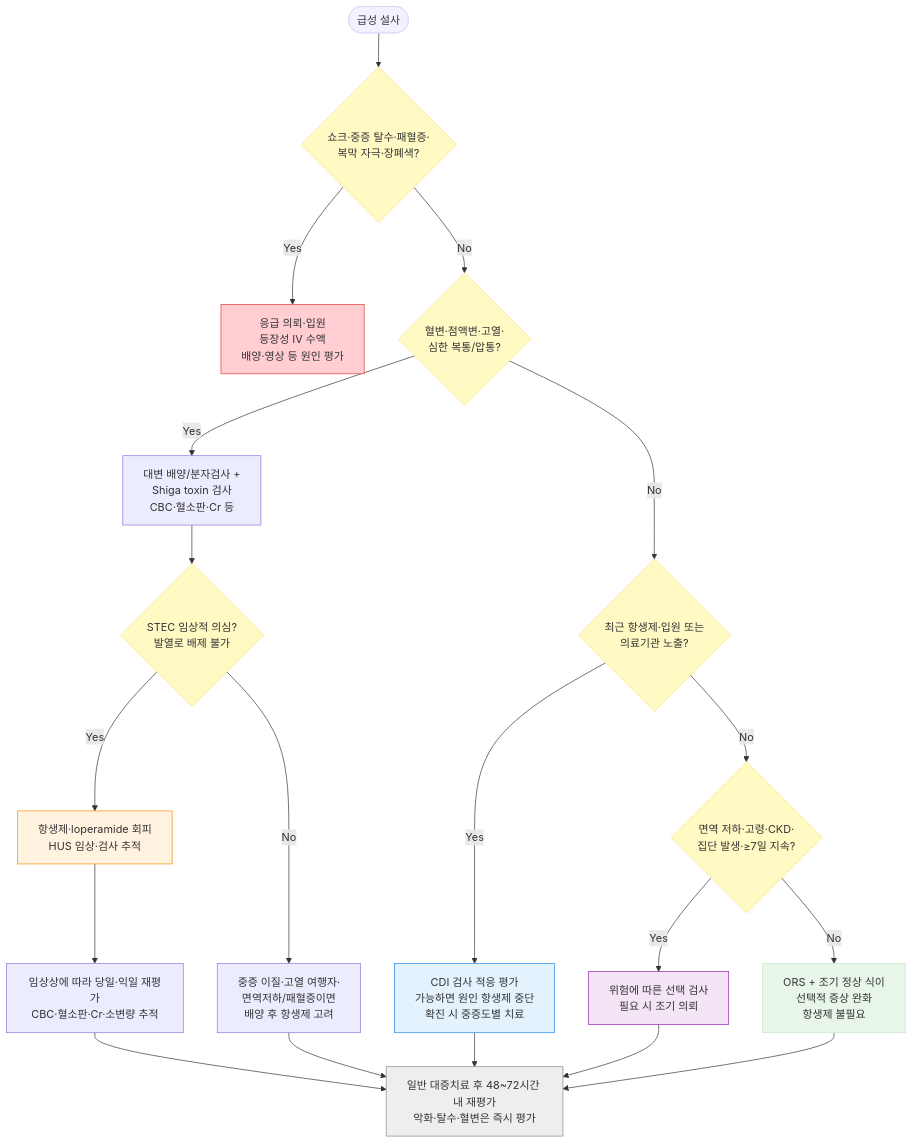
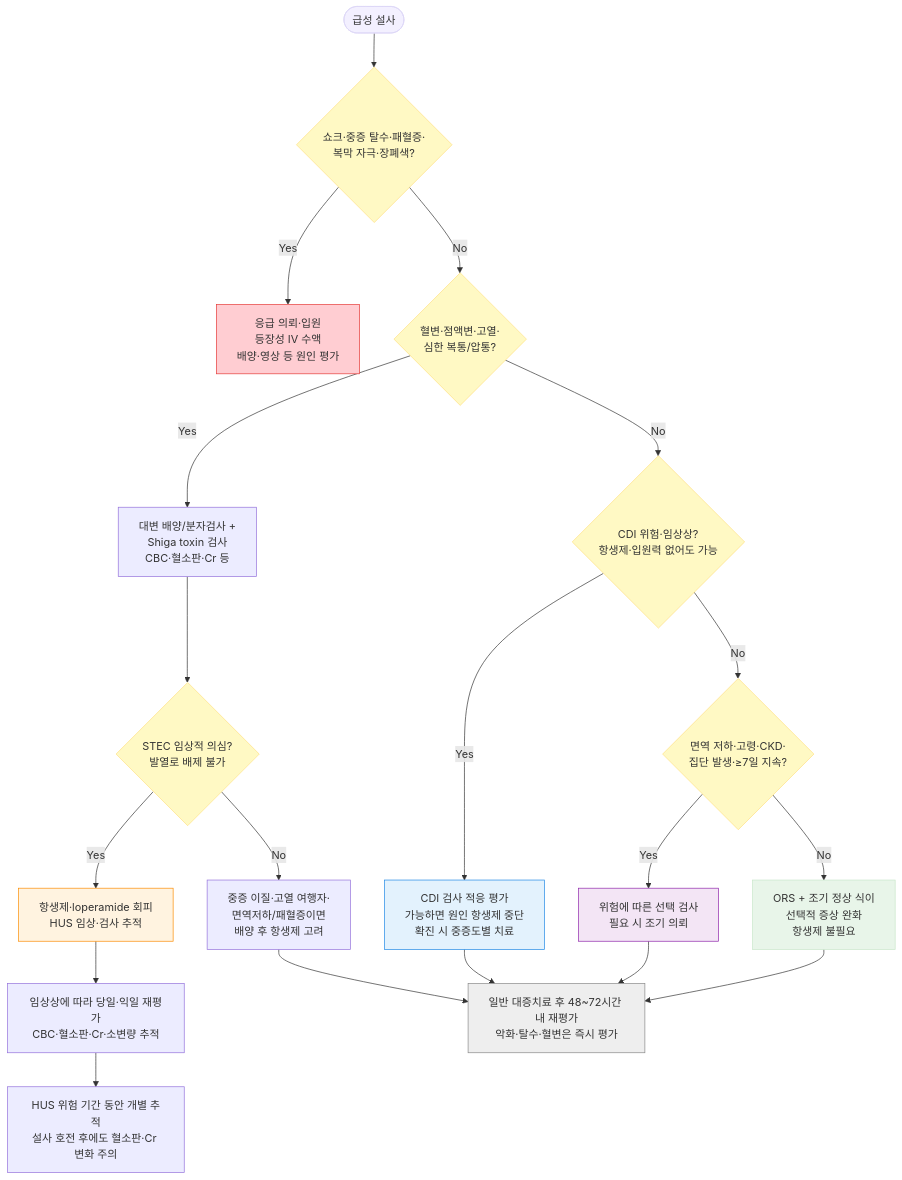
Before and after one commit to familyoh77/familyoh77: the diagram in 224_/083_-acute-diarrhea.md, drawn with Mermaid. The commit also changed other lines of this file and 11 other files, not shown here.

````diff
--- a/224_/083_-acute-diarrhea.md
+++ b/224_/083_-acute-diarrhea.md
@@ -139,34 +143,34 @@
 ```mermaid
 graph TD
     Start(["급성 설사"]) --> S1{"쇼크·중증 탈수·패혈증·<br/>복막 자극·장폐색?"}
     S1 -->|Yes| Emergency["응급 의뢰·입원<br/>등장성 IV 수액<br/>배양·영상 등 원인 평가"]
     S1 -->|No| S2{"혈변·점액변·고열·<br/>심한 복통/압통?"}
 
     S2 -->|Yes| Infl["대변 배양/분자검사 +<br/>Shiga toxin 검사<br/>CBC·혈소판·Cr 등"]
     Infl --> STECq{"STEC 임상적 의심?<br/>발열로 배제 불가"}
     STECq -->|Yes| STEC["항생제·loperamide 회피<br/>HUS 임상·검사 추적"]
     STECq -->|No| ABX["중증 이질·고열 여행자·<br/>면역저하/패혈증이면<br/>배양 후 항생제 고려"]
 
-    S2 -->|No| S3{"최근 항생제·입원 또는<br/>의료기관 노출?"}
+    S2 -->|No| S3{"CDI 위험·임상상?<br/>항생제·입원력 없어도 가능"}
     S3 -->|Yes| CDI["CDI 검사 적응 평가<br/>가능하면 원인 항생제 중단<br/>확진 시 중증도별 치료"]
     S3 -->|No| HighRisk{"면역 저하·고령·CKD·<br/>집단 발생·≥7일 지속?"}
     HighRisk -->|Yes| Test["위험에 따른 선택 검사<br/>필요 시 조기 의뢰"]
     HighRisk -->|No| Support["ORS + 조기 정상 식이<br/>선택적 증상 완화<br/>항생제 불필요"]
 
     STEC --> HUSFU["임상상에 따라 당일·익일 재평가<br/>CBC·혈소판·Cr·소변량 추적"]
-    HUSFU --> FU["일반 대증치료 후 48~72시간 내 재평가<br/>악화·탈수·혈변은 즉시 평가"]
-    ABX --> FU
+    HUSFU --> HUSReview["HUS 위험 기간 동안 개별 추적<br/>설사 호전 후에도 혈소판·Cr 변화 주의"]
+    ABX --> FU["일반 대증치료 후 48~72시간 내 재평가<br/>악화·탈수·혈변은 즉시 평가"]
     CDI --> FU
     Test --> FU
     Support --> FU
 
     classDef yellow fill:#fff9c4,stroke:#ffe082
     class S1,S2,S3,STECq,HighRisk yellow
     style Emergency fill:#ffcdd2,stroke:#e53935
     style STEC fill:#fff3e0,stroke:#fb8c00
     style CDI fill:#e3f2fd,stroke:#1e88e5
     style Test fill:#f3e5f5,stroke:#8e24aa
     style Start fill:#f3f0ff,stroke:#dcd6f7
     style Support fill:#e8f5e9,stroke:#c8e6c9
     style FU fill:#eeeeee,stroke:#888888
 ```
````
